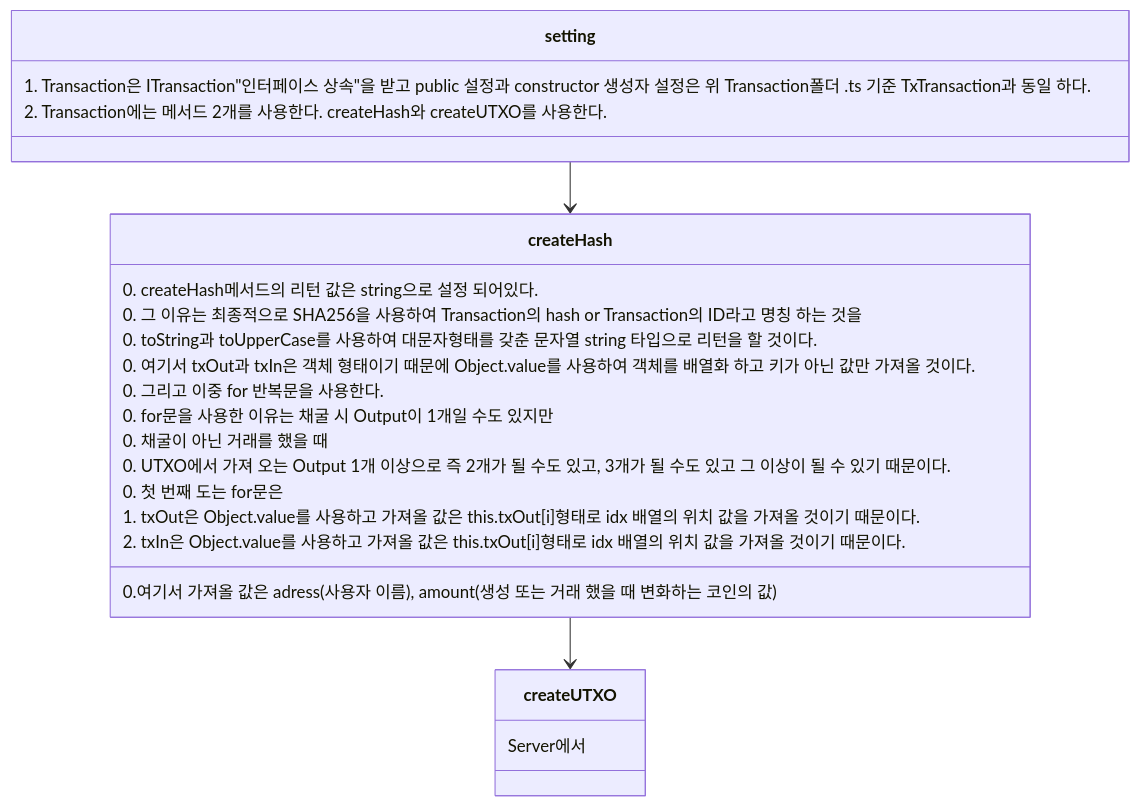
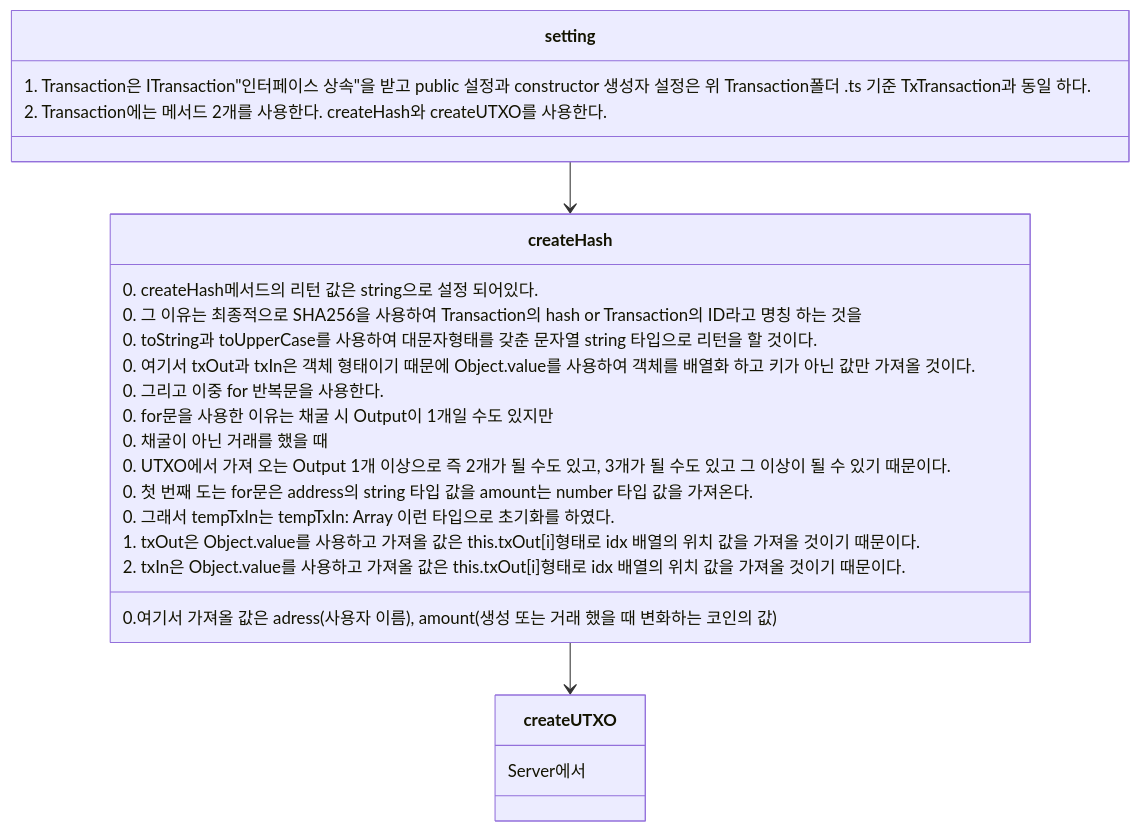
One commit to HGWA333/Block changed the third of 5 diagrams in chain/block020/block/ReadMe.md. Above: the diagram before and after it, drawn with Mermaid. The commit also changed other lines of this file and 3 other files, not shown here.

````diff
--- a/chain/block020/block/ReadMe.md
+++ b/chain/block020/block/ReadMe.md
@@ -107,30 +107,31 @@
 ```mermaid
 classDiagram
 setting --> createHash
 createHash --> createUTXO
 class setting{
  1. Transaction은 ITransaction"인터페이스 상속"을 받고 public 설정과 constructor 생성자 설정은 위 Transaction폴더 .ts 기준 TxTransaction과 동일 하다.
  2. Transaction에는 메서드 2개를 사용한다. createHash와 createUTXO를 사용한다.
 }
 class createHash{
   0. createHash메서드의 리턴 값은 string으로 설정 되어있다.
   0. 그 이유는 최종적으로 SHA256을 사용하여 Transaction의 hash or Transaction의 ID라고 명칭 하는 것을
   0. toString과 toUpperCase를 사용하여 대문자형태를 갖춘 문자열 string 타입으로 리턴을 할 것이다.
   0. 여기서 txOut과 txIn은 객체 형태이기 때문에 Object.value를 사용하여 객체를 배열화 하고 키가 아닌 값만 가져올 것이다.
   0.여기서 가져올 값은 adress(사용자 이름), amount(생성 또는 거래 했을 때 변화하는 코인의 값)
 
   0. 그리고 이중 for 반복문을 사용한다.
   0. for문을 사용한 이유는 채굴 시 Output이 1개일 수도 있지만
   0. 채굴이 아닌 거래를 했을 때
   0. UTXO에서 가져 오는 Output 1개 이상으로 즉 2개가 될 수도 있고, 3개가 될 수도 있고 그 이상이 될 수 있기 때문이다.
-  0. 첫 번째 도는 for문은
+  0. 첫 번째 도는 for문은 address의 string 타입 값을 amount는 number 타입 값을 가져온다.
+  0. 그래서 tempTxIn는 tempTxIn: Array<string | number> 이런 타입으로 초기화를 하였다.
 
   1. txOut은 Object.value를 사용하고 가져올 값은 this.txOut[i]형태로 idx 배열의 위치 값을 가져올 것이기 때문이다.
 
   2. txIn은 Object.value를 사용하고 가져올 값은 this.txOut[i]형태로 idx 배열의 위치 값을 가져올 것이기 때문이다.
 }
 class createUTXO{
  Server에서
 }
 
 ```
````
